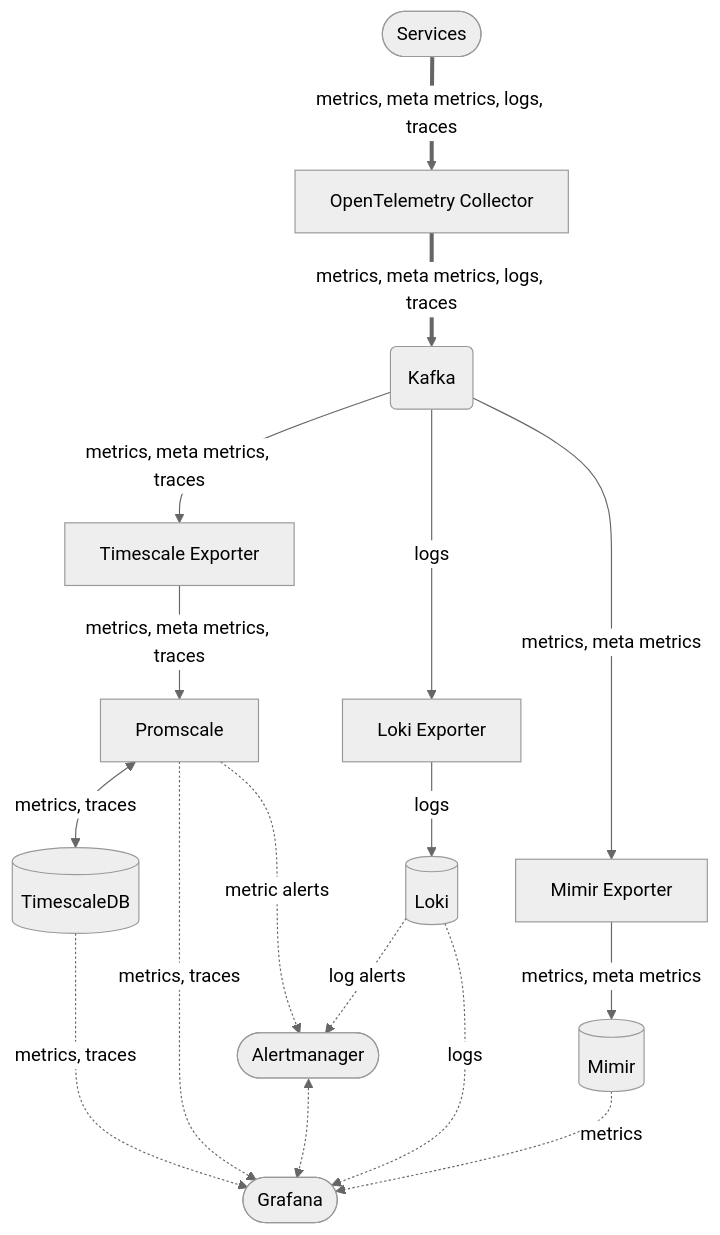
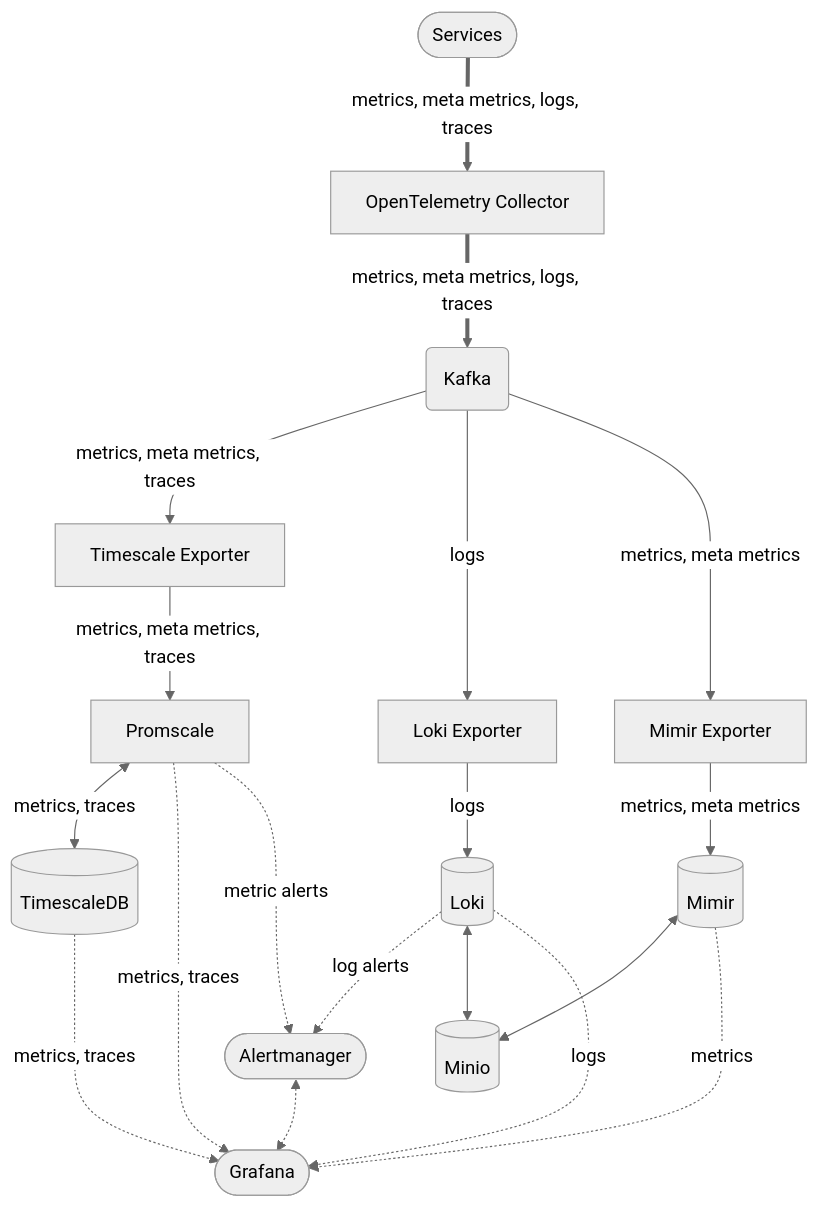
Before and after one commit to lhns/otel-stack-swarm: the diagram in README.md, drawn with Mermaid (neutral theme).

````diff
--- a/README.md
+++ b/README.md
@@ -3,23 +3,26 @@
 ```mermaid
 flowchart TD
     services([Services])
     otel-collector[OpenTelemetry Collector]
     kafka(Kafka)
+    s3[(Minio)]
     timescale-exporter[Timescale Exporter]
     promscale[Promscale]
     timescaledb[(TimescaleDB)]
     alertmanager([Alertmanager])
     loki-exporter[Loki Exporter]
     loki[(Loki)]
     mimir-exporter[Mimir Exporter]
     mimir[(Mimir)]
     grafana([Grafana])
     services ==>|metrics, meta metrics, logs, traces| otel-collector ==>|metrics, meta metrics, logs, traces| kafka
+    mimir <--> s3
     promscale <-->|metrics, traces| timescaledb -..->|metrics, traces| grafana
     kafka -->|metrics, meta metrics, traces| timescale-exporter -->|metrics, meta metrics, traces| promscale -.->|metrics, traces| grafana
     loki -.->|log alerts| alertmanager
+    loki <--> s3
     promscale -.->|metric alerts| alertmanager
     alertmanager <-.-> grafana
     kafka -->|logs| loki-exporter -->|logs| loki -.->|logs| grafana
     kafka -->|metrics, meta metrics| mimir-exporter -->|metrics, meta metrics| mimir -.->|metrics| grafana
 ```
````
